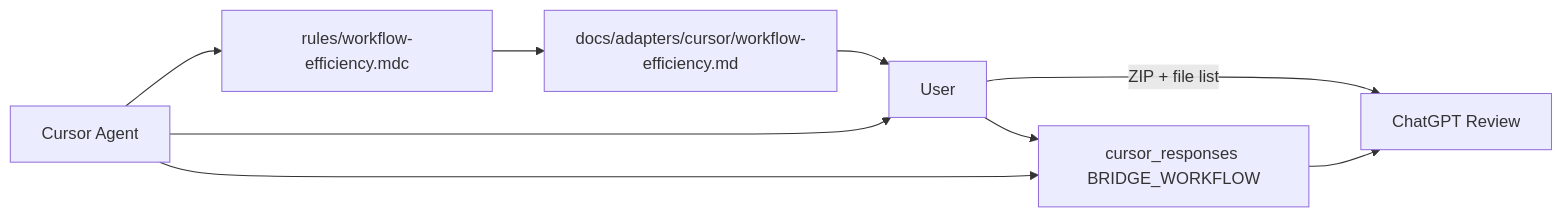
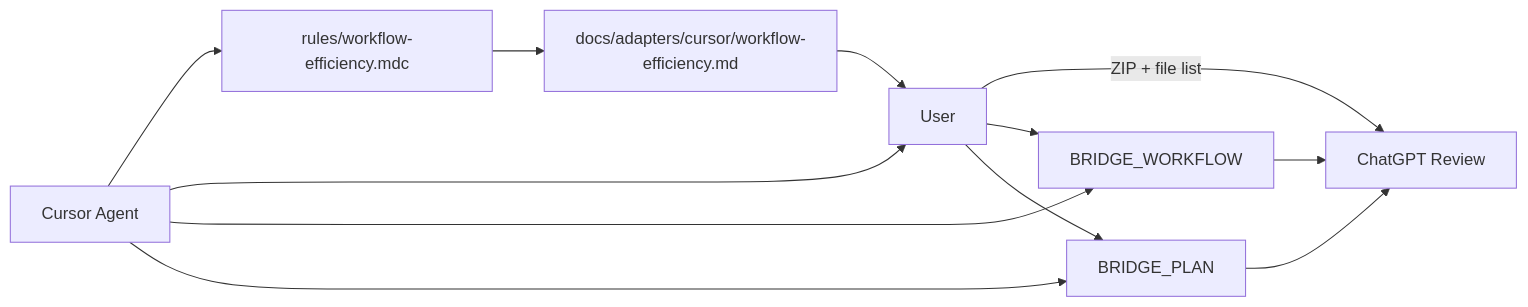
Before and after one commit to boboneulichedl-code/bridge: the first of 2 diagrams in docs/adapters/cursor/workflow-efficiency.md, drawn with Mermaid. The commit also changed other lines of this file and 1 other file, not shown here.

Commit message:
docs(cursor): add BRIDGE_PLAN handoff law and ID segment rules

````diff
--- a/docs/adapters/cursor/workflow-efficiency.md
+++ b/docs/adapters/cursor/workflow-efficiency.md
@@ -15,16 +15,19 @@
 ```mermaid
 flowchart LR
   Cursor["Cursor Agent"]
   User["User"]
   ChatGPT["ChatGPT Review"]
   Rule["rules/workflow-efficiency.mdc"]
   Docs["docs/adapters/cursor/workflow-efficiency.md"]
   Cursor --> Rule
   Cursor --> User
-  Cursor --> ResponseFile["cursor_responses BRIDGE_WORKFLOW"]
+  Cursor --> ResponseFile["BRIDGE_WORKFLOW"]
+  Cursor --> PlanFile["BRIDGE_PLAN"]
   User -->|"ZIP + file list"| ChatGPT
   User --> ResponseFile
+  User --> PlanFile
   Docs --> User
   Rule --> Docs
   ResponseFile --> ChatGPT
+  PlanFile --> ChatGPT
 ```
````
